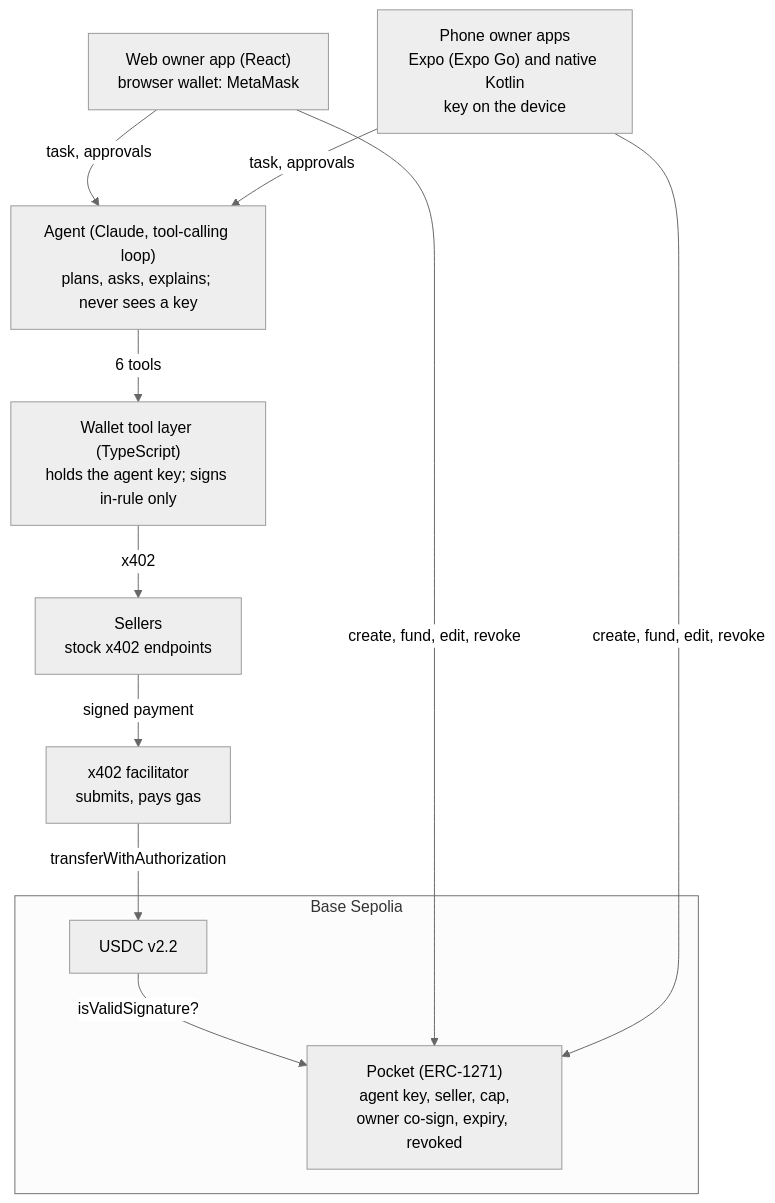
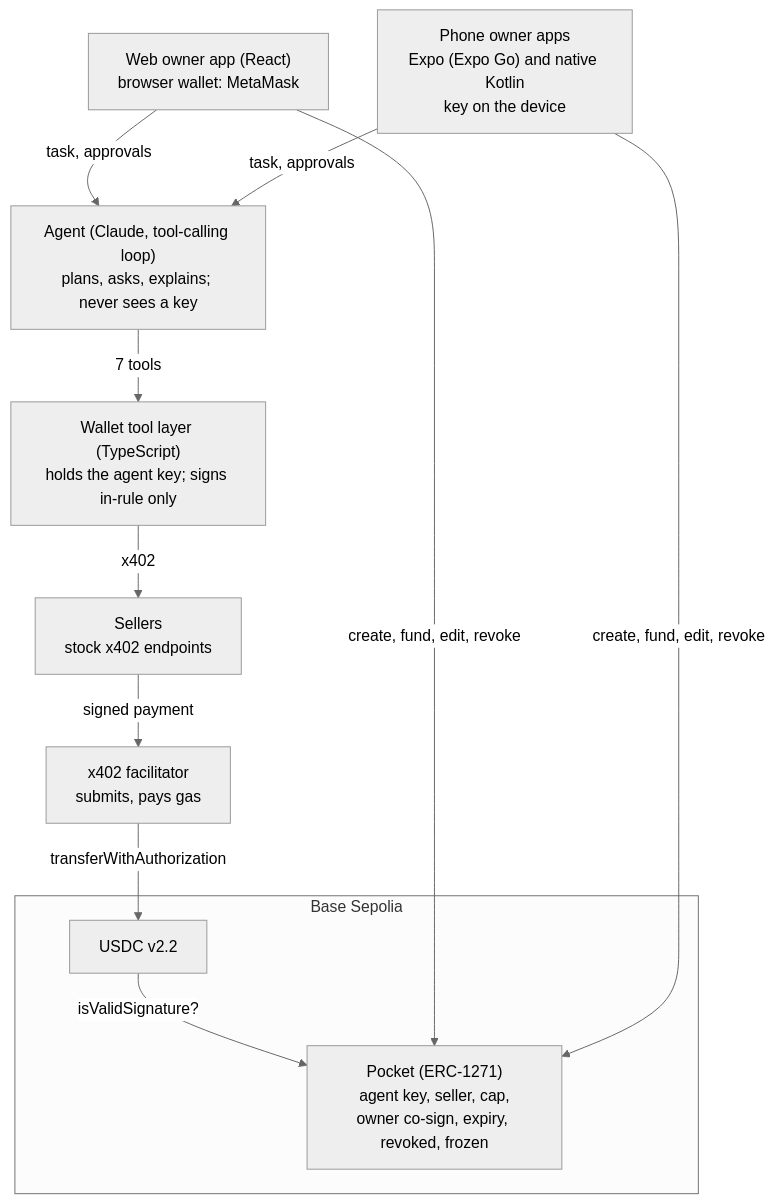
One commit to ixgnoy/ChainBrain changed the diagram in docs/technical-document.md. Above: the diagram before and after it, drawn with Mermaid (neutral theme). The commit also changed other lines of this file and 9 other files, not shown here.

````diff
--- a/docs/technical-document.md
+++ b/docs/technical-document.md
@@ -9,22 +9,22 @@
 ```mermaid
 flowchart TB
     Web["Web owner app (React)<br/>browser wallet: MetaMask"]
     Phone["Phone owner apps<br/>Expo (Expo Go) and native Kotlin<br/>key on the device"]
     Agent["Agent (Claude, tool-calling loop)<br/>plans, asks, explains; never sees a key"]
     Tool["Wallet tool layer (TypeScript)<br/>holds the agent key; signs in-rule only"]
     Sellers["Sellers<br/>stock x402 endpoints"]
     Fac["x402 facilitator<br/>submits, pays gas"]
     subgraph Chain["Base Sepolia"]
-        Pocket["Pocket (ERC-1271)<br/>agent key, seller, cap,<br/>owner co-sign, expiry, revoked"]
+        Pocket["Pocket (ERC-1271)<br/>agent key, seller, cap,<br/>owner co-sign, expiry, revoked, frozen"]
         USDC["USDC v2.2"]
     end
     Web -- "task, approvals" --> Agent
     Phone -- "task, approvals" --> Agent
-    Agent -- "6 tools" --> Tool
+    Agent -- "7 tools" --> Tool
     Tool -- "x402" --> Sellers
     Sellers -- "signed payment" --> Fac
     Fac -- "transferWithAuthorization" --> USDC
     USDC -- "isValidSignature?" --> Pocket
     Web -- "create, fund, edit, revoke" --> Pocket
     Phone -- "create, fund, edit, revoke" --> Pocket
 ```
````
